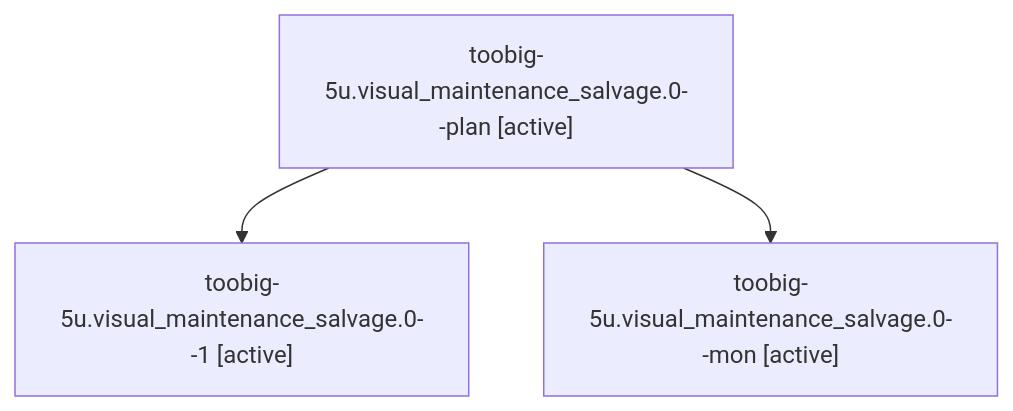
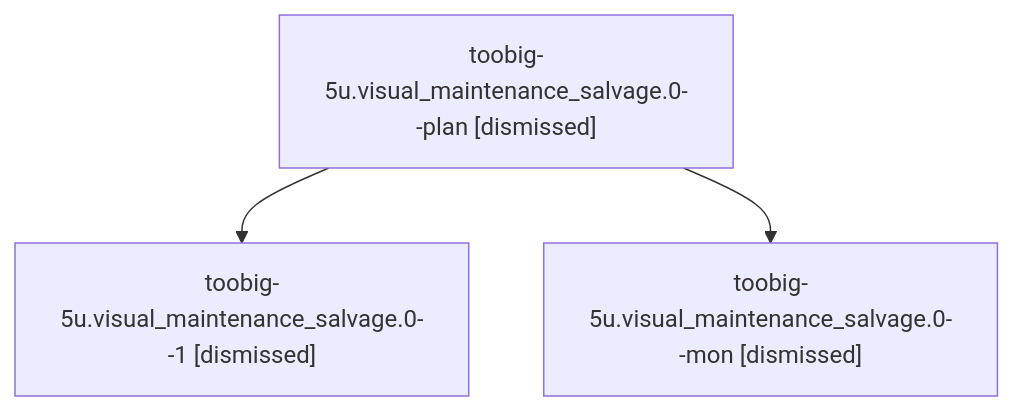
Before and after one commit to sase-org/sase--agents: the diagram in sessions/bbugyi200.athena.toobig-5u.visual_maintenance_salvage.0.md, drawn with Mermaid. The commit also changed other lines of this file and 120 other files, not shown here.

````diff
--- a/sessions/bbugyi200.athena.toobig-5u.visual_maintenance_salvage.0.md
+++ b/sessions/bbugyi200.athena.toobig-5u.visual_maintenance_salvage.0.md
@@ -9,8 +9,8 @@
 ```mermaid
 flowchart TD
-  n0["toobig-5u.visual_maintenance_salvage.0--plan [active]"]
-  n1["toobig-5u.visual_maintenance_salvage.0--1 [active]"]
+  n0["toobig-5u.visual_maintenance_salvage.0--plan [dismissed]"]
+  n1["toobig-5u.visual_maintenance_salvage.0--1 [dismissed]"]
   n0 --> n1
-  n2["toobig-5u.visual_maintenance_salvage.0--mon [active]"]
+  n2["toobig-5u.visual_maintenance_salvage.0--mon [dismissed]"]
   n0 --> n2
 ```
````
